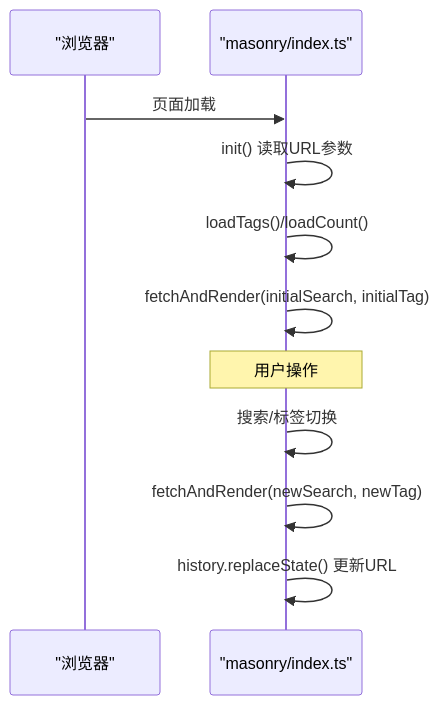
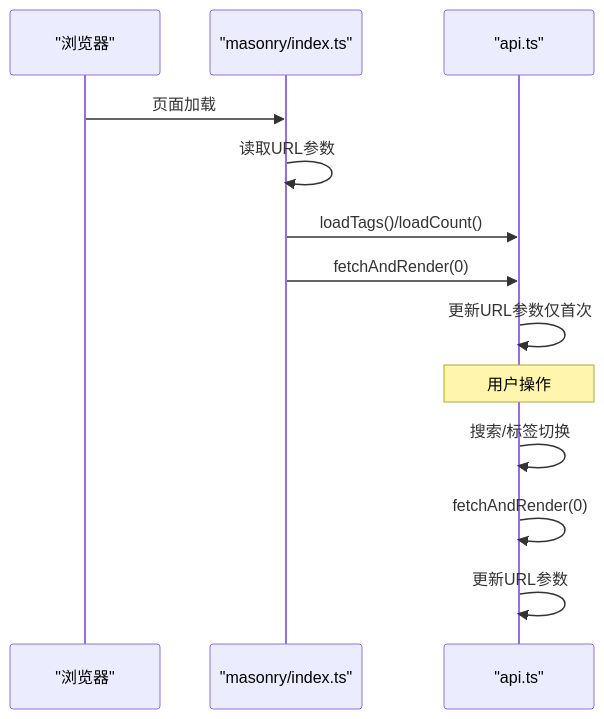
One commit to BlackBoxRecorder/memos changed the tenth of 14 diagrams in .qoder/repowiki/zh/content/核心功能/瀑布流展示系统.md. Above: the diagram before and after it, drawn with Mermaid. The commit also changed other lines of this file and 10 other files, not shown here.

````diff
--- a/.qoder/repowiki/zh/content/核心功能/瀑布流展示系统.md
+++ b/.qoder/repowiki/zh/content/核心功能/瀑布流展示系统.md
@@ -214,13 +377,15 @@
 ```mermaid
 sequenceDiagram
 participant Browser as "浏览器"
-participant M as "masonry/index.ts"
-Browser->>M : 页面加载
-M->>M : init() 读取URL参数
-M->>M : loadTags()/loadCount()
-M->>M : fetchAndRender(initialSearch, initialTag)
-Note over M : 用户操作
-M->>M : 搜索/标签切换
-M->>M : fetchAndRender(newSearch, newTag)
-M->>M : history.replaceState() 更新URL
+participant Entry as "masonry/index.ts"
+participant API as "api.ts"
+Browser->>Entry : 页面加载
+Entry->>Entry : 读取URL参数
+Entry->>API : loadTags()/loadCount()
+Entry->>API : fetchAndRender(0)
+API->>API : 更新URL参数仅首次
+Note over API : 用户操作
+API->>API : 搜索/标签切换
+API->>API : fetchAndRender(0)
+API->>API : 更新URL参数
 ```
````
